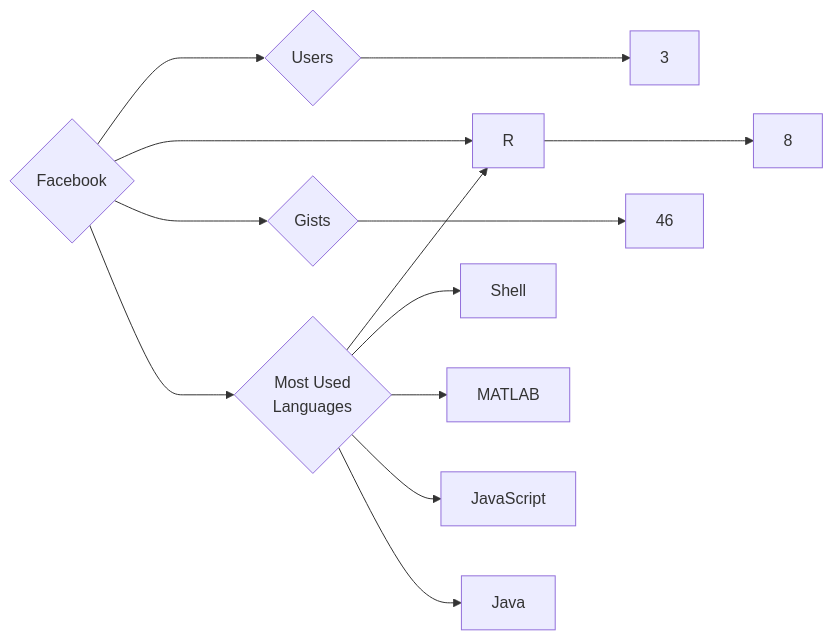
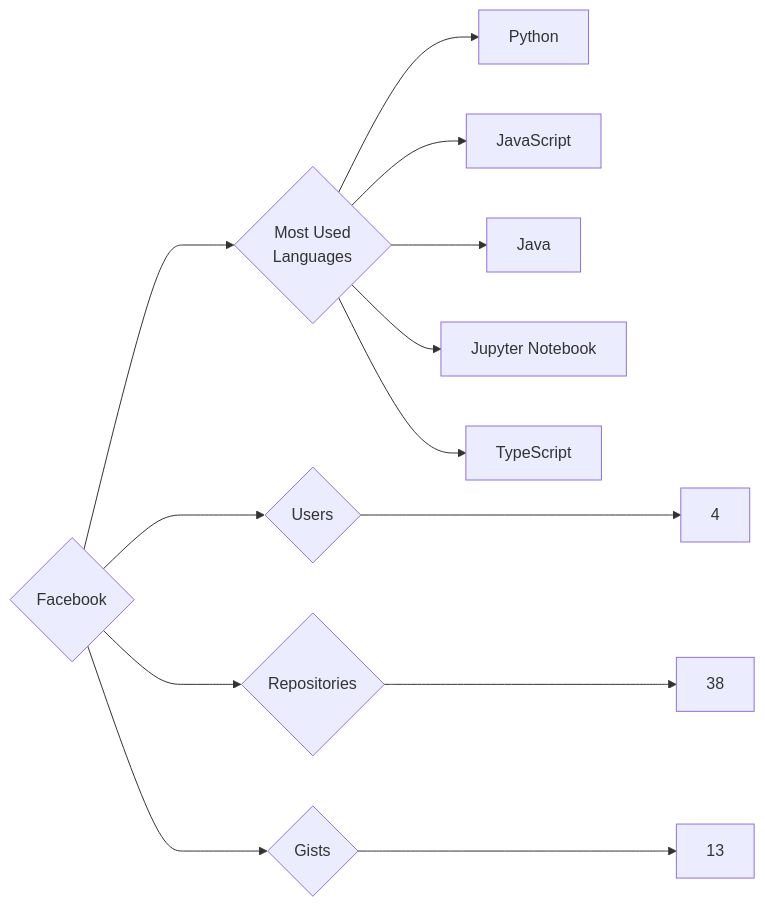
One commit to trickest/insiders changed the diagram in targets/Facebook/README.md. Above: the diagram before and after it, drawn with Mermaid. The commit also changed 618 other files, not shown here.

````diff
--- a/targets/Facebook/README.md
+++ b/targets/Facebook/README.md
@@ -3,13 +3,13 @@
 ```mermaid
 graph LR
 COMPANY_NAME{Facebook}
-COMPANY_NAME ---> U{Users} ---> UN[3]
-COMPANY_NAME ---> R{Repositories} ---> RN[8]
-COMPANY_NAME ---> G{Gists} ---> GN[46]
+COMPANY_NAME ---> U{Users} ---> UN[4]
+COMPANY_NAME ---> R{Repositories} ---> RN[38]
+COMPANY_NAME ---> G{Gists} ---> GN[13]
 COMPANY_NAME ---> ML{Most Used<br>Languages}
-ML --> R[R]
-ML --> Shell[Shell]
-ML --> MATLAB[MATLAB]
+ML --> Python[Python]
 ML --> JavaScript[JavaScript]
 ML --> Java[Java]
+ML --> Jupyter_Notebook[Jupyter Notebook]
+ML --> TypeScript[TypeScript]
 ```
````
